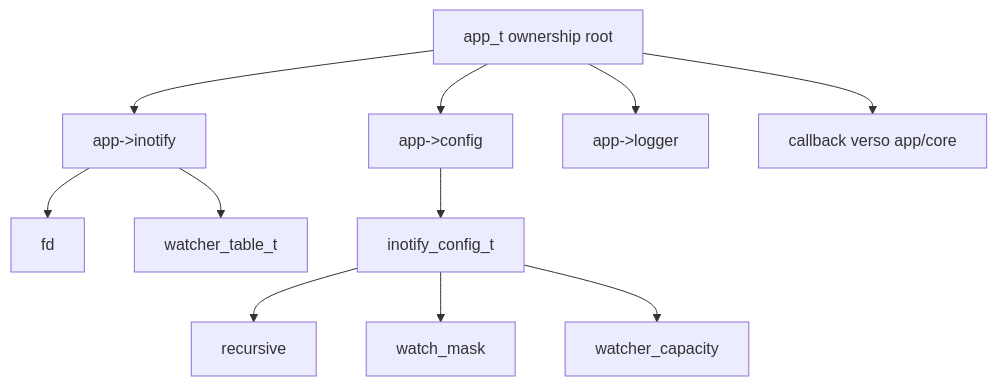
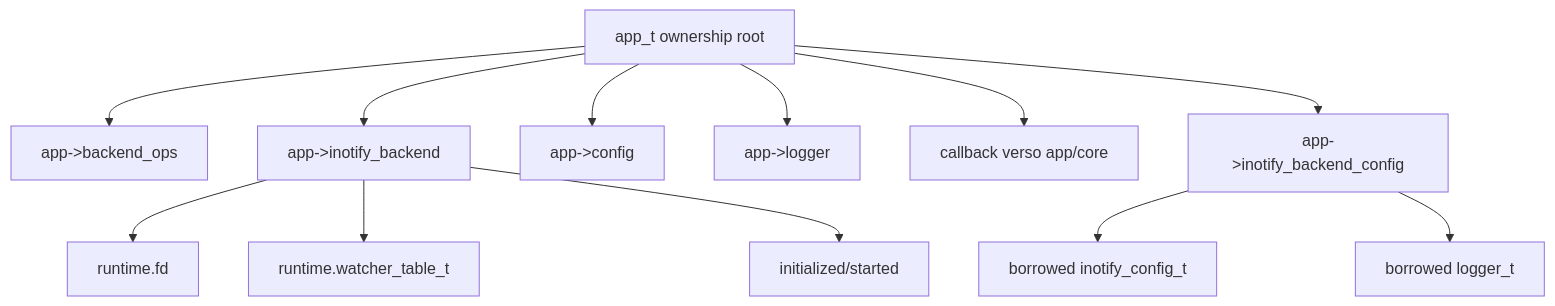
Before and after one commit to kinderp/alfred: the seventh of 18 diagrams in docs/it/16-mappa-codice-e-strutture.md, drawn with Mermaid. The commit also changed other lines of this file and 5 other files, not shown here.

First line of the commit message:
Wire app lifecycle through inotify backend ops

````diff
--- a/docs/it/16-mappa-codice-e-strutture.md
+++ b/docs/it/16-mappa-codice-e-strutture.md
@@ -648,14 +655,15 @@
 ```mermaid
 flowchart TD
-    A["app_t ownership root"] --> B["app->inotify"]
-    A --> C["app->config"]
-    A --> D["app->logger"]
-    A --> E["callback verso app/core"]
+    A["app_t ownership root"] --> B["app->backend_ops"]
+    A --> C["app->inotify_backend"]
+    A --> D["app->config"]
+    A --> E["app->logger"]
+    A --> F["callback verso app/core"]
 
-    B --> B1["fd"]
-    B --> B2["watcher_table_t"]
-    C --> C0["inotify_config_t"]
-    C0 --> C1["recursive"]
-    C0 --> C2["watch_mask"]
-    C0 --> C3["watcher_capacity"]
+    C --> C1["runtime.fd"]
+    C --> C2["runtime.watcher_table_t"]
+    C --> C3["initialized/started"]
+    A --> G["app->inotify_backend_config"]
+    G --> G1["borrowed inotify_config_t"]
+    G --> G2["borrowed logger_t"]
 ```
````
